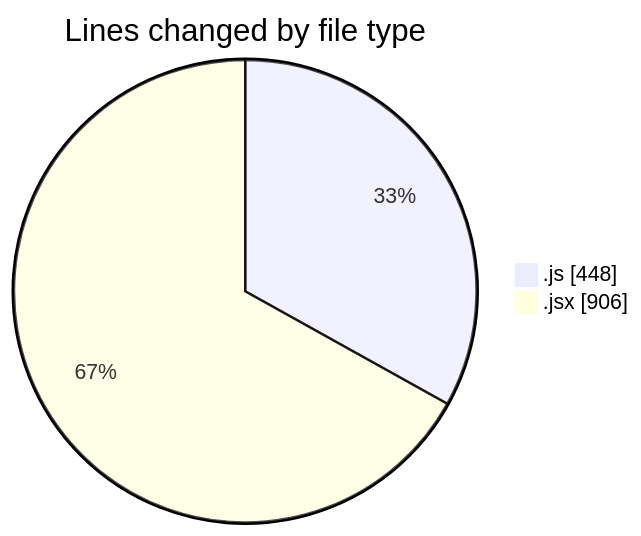
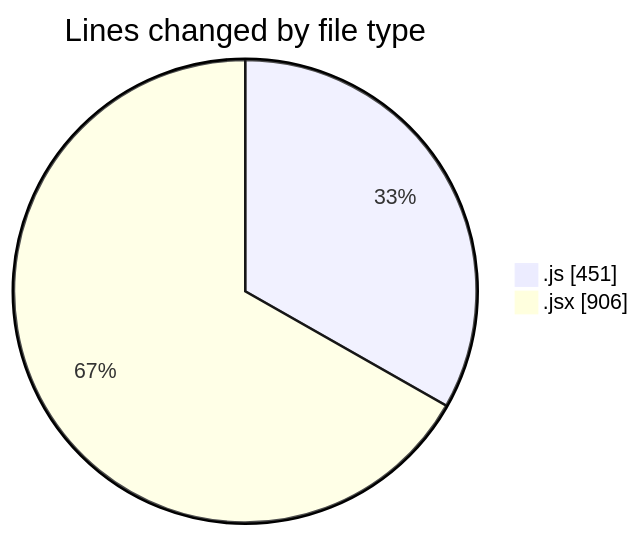
Before and after one commit to robertbonfada/code-tracking: the first of 2 diagrams in 2025-01-13/termonied-web/README.md, drawn with Mermaid. The commit also changed other lines of this file and 1 other file, not shown here.

````diff
--- a/2025-01-13/termonied-web/README.md
+++ b/2025-01-13/termonied-web/README.md
@@ -22,6 +22,6 @@
 ```mermaid
 pie showData
 title Lines changed by file type
-".js" : 448
+".js" : 451
 ".jsx" : 906
 ```
````
